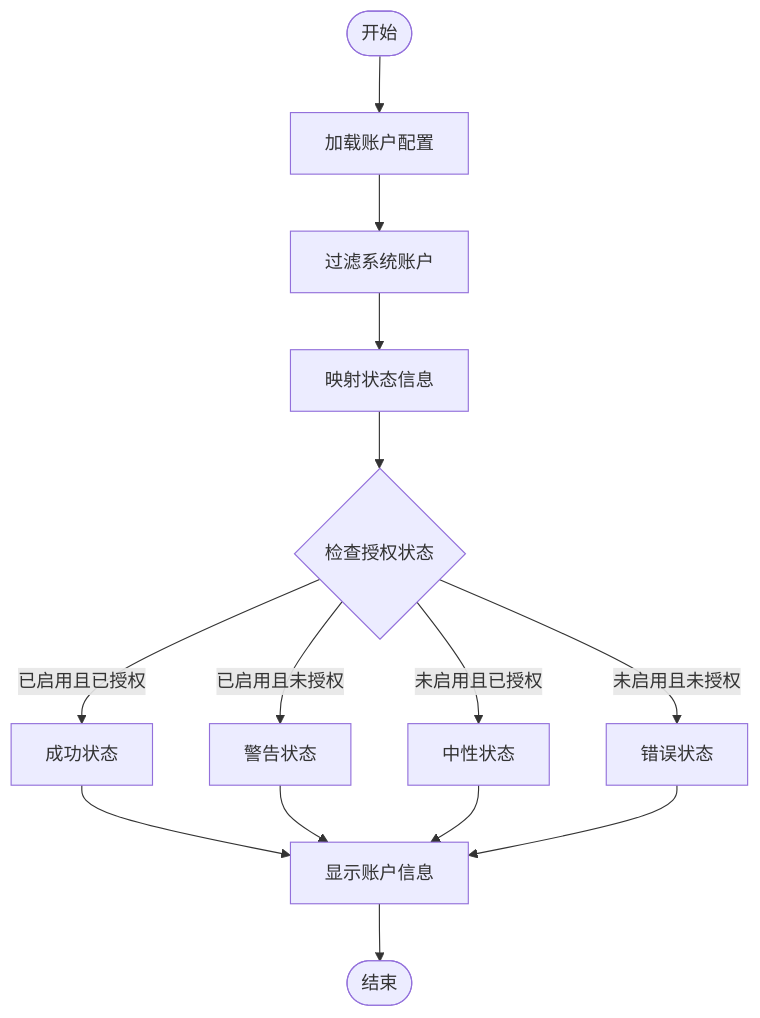
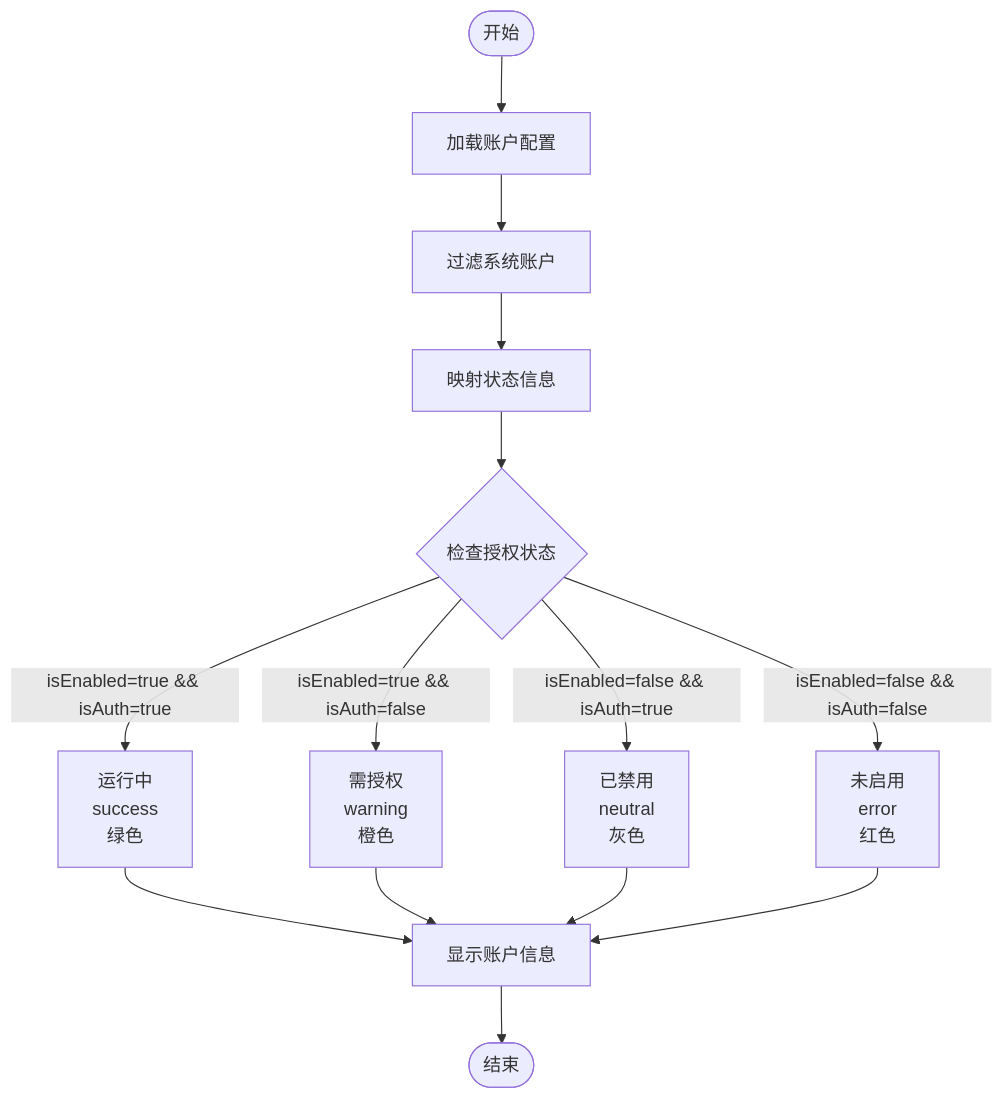
Before and after one commit to terwer/siyuan-plugin-publisher: the sixth of 9 diagrams in .qoder/repowiki/zh/content/V2 Settings Composable.md, drawn with Mermaid. The commit also changed other lines of this file and 16 other files, not shown here.

First line of the commit message:
feat!: migrate V2 UI architecture from iframe SPA to native DOM mounting

````diff
--- a/.qoder/repowiki/zh/content/V2 Settings Composable.md
+++ b/.qoder/repowiki/zh/content/V2 Settings Composable.md
@@ -225,16 +274,16 @@
 ```mermaid
 flowchart TD
 Start([开始]) --> Load[加载账户配置]
 Load --> Filter[过滤系统账户]
 Filter --> Map[映射状态信息]
 Map --> CheckAuth{检查授权状态}
-CheckAuth --> |已启用且已授权| Success[成功状态]
-CheckAuth --> |已启用且未授权| Warning[警告状态]
-CheckAuth --> |未启用且已授权| Neutral[中性状态]
-CheckAuth --> |未启用且未授权| Error[错误状态]
-Success --> Display[显示账户信息]
-Warning --> Display
-Neutral --> Display
-Error --> Display
+CheckAuth --> |isEnabled=true && isAuth=true| Running[运行中<br/>success<br/>绿色]
+CheckAuth --> |isEnabled=true && isAuth=false| NeedAuth[需授权<br/>warning<br/>橙色]
+CheckAuth --> |isEnabled=false && isAuth=true| Disabled[已禁用<br/>neutral<br/>灰色]
+CheckAuth --> |isEnabled=false && isAuth=false| NotEnabled[未启用<br/>error<br/>红色]
+Running --> Display[显示账户信息]
+NeedAuth --> Display
+Disabled --> Display
+NotEnabled --> Display
 Display --> End([结束])
 ```
````
